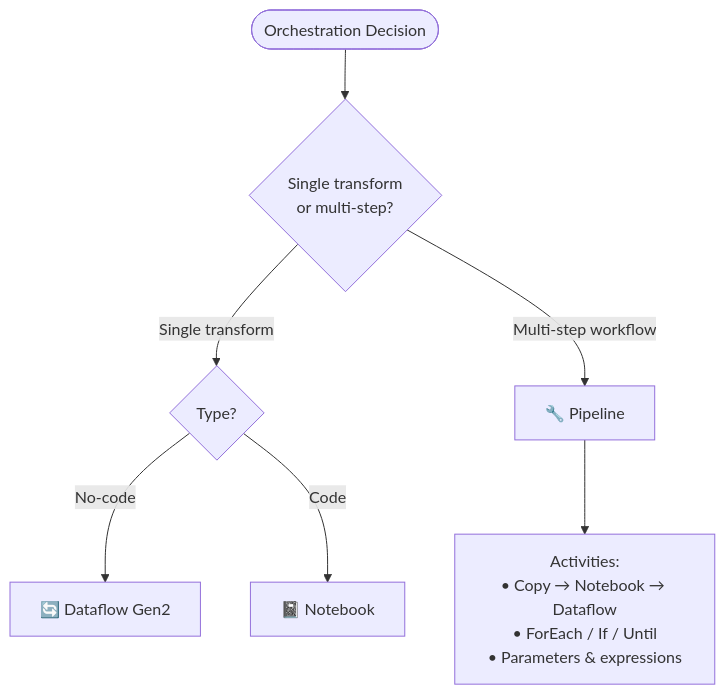
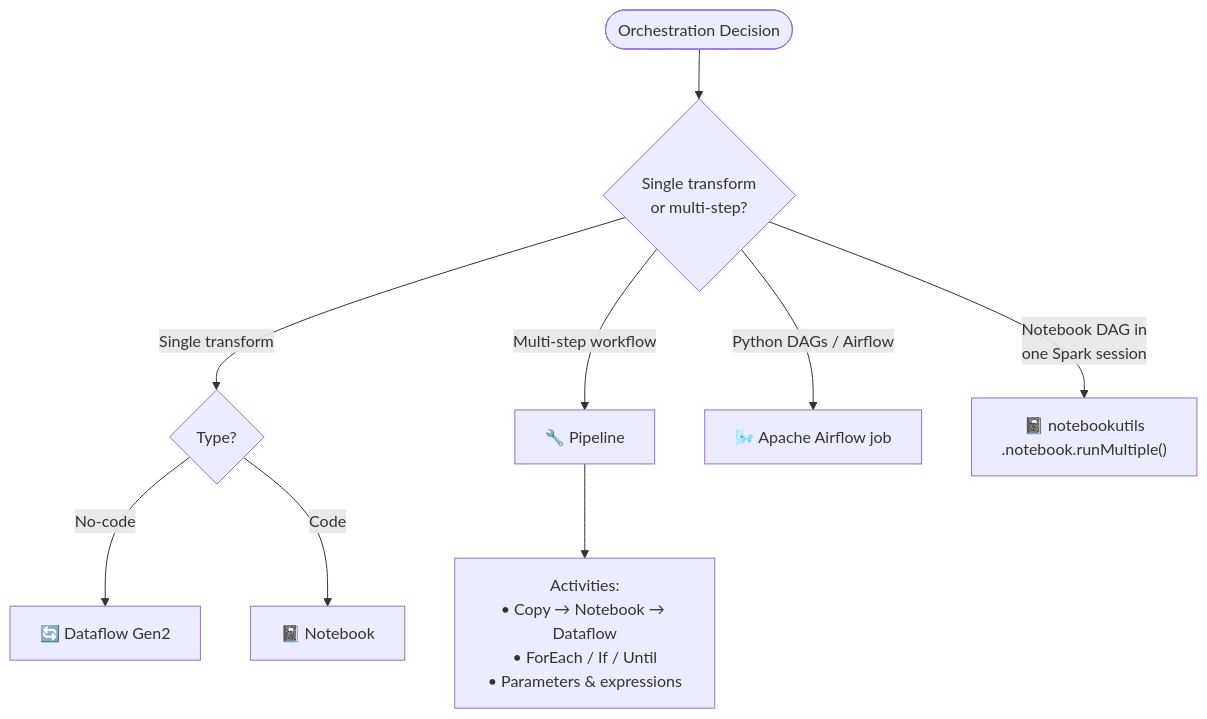
One commit to marcogrimaldi29/dp-700-study-notes changed the fourth of 5 diagrams in 04-quick-reference-cheatsheet.md. Above: the diagram before and after it, drawn with Mermaid. The commit also changed other lines of this file and 7 other files, not shown here.

````diff
--- a/04-quick-reference-cheatsheet.md
+++ b/04-quick-reference-cheatsheet.md
@@ -64,9 +82,11 @@
 ```mermaid
 flowchart TD
     START([Orchestration Decision]) --> Q1{Single transform\nor multi-step?}
     Q1 -->|"Single transform"| Q2{Type?}
     Q2 -->|"No-code"| DF["🔄 Dataflow Gen2"]
     Q2 -->|"Code"| NB["📓 Notebook"]
     Q1 -->|"Multi-step workflow"| PIPE["🔧 Pipeline"]
+    Q1 -->|"Python DAGs / Airflow"| AIR["🌬️ Apache Airflow job"]
+    Q1 -->|"Notebook DAG in\none Spark session"| RM["📓 notebookutils\n.notebook.runMultiple()"]
     PIPE --> ACT["Activities:\n• Copy → Notebook → Dataflow\n• ForEach / If / Until\n• Parameters & expressions"]
 ```
````
